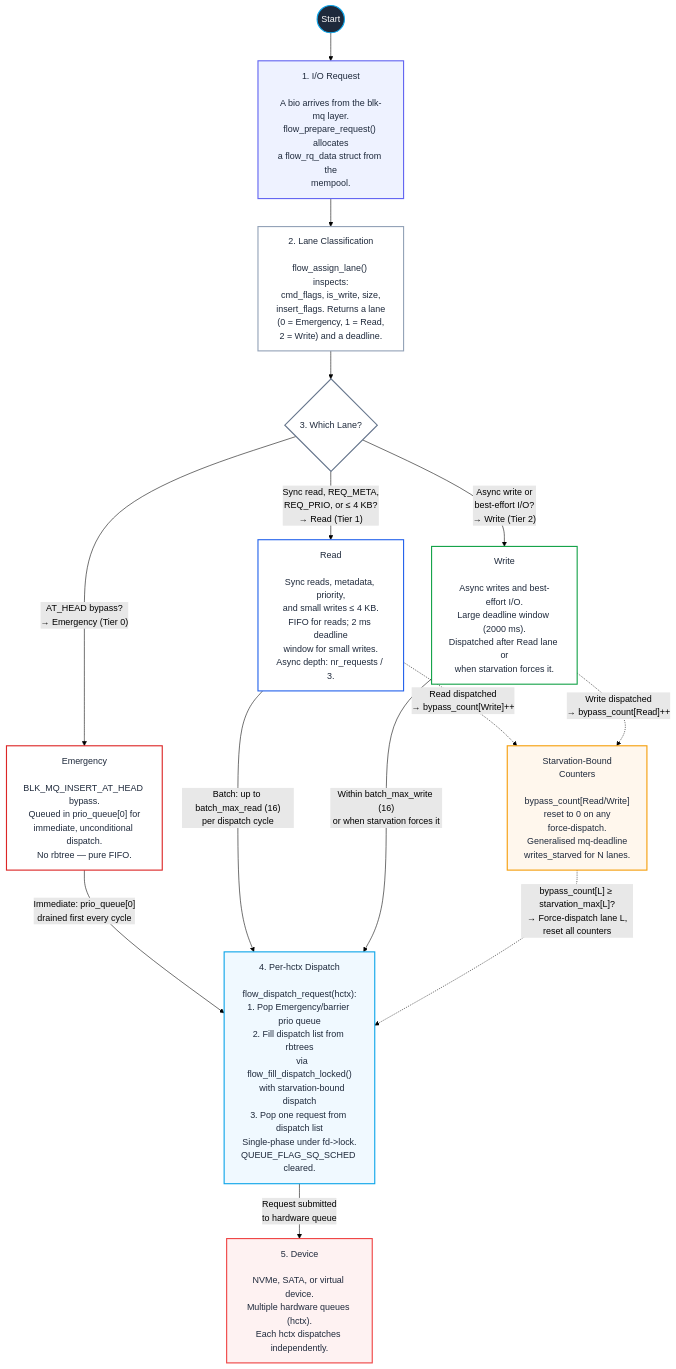
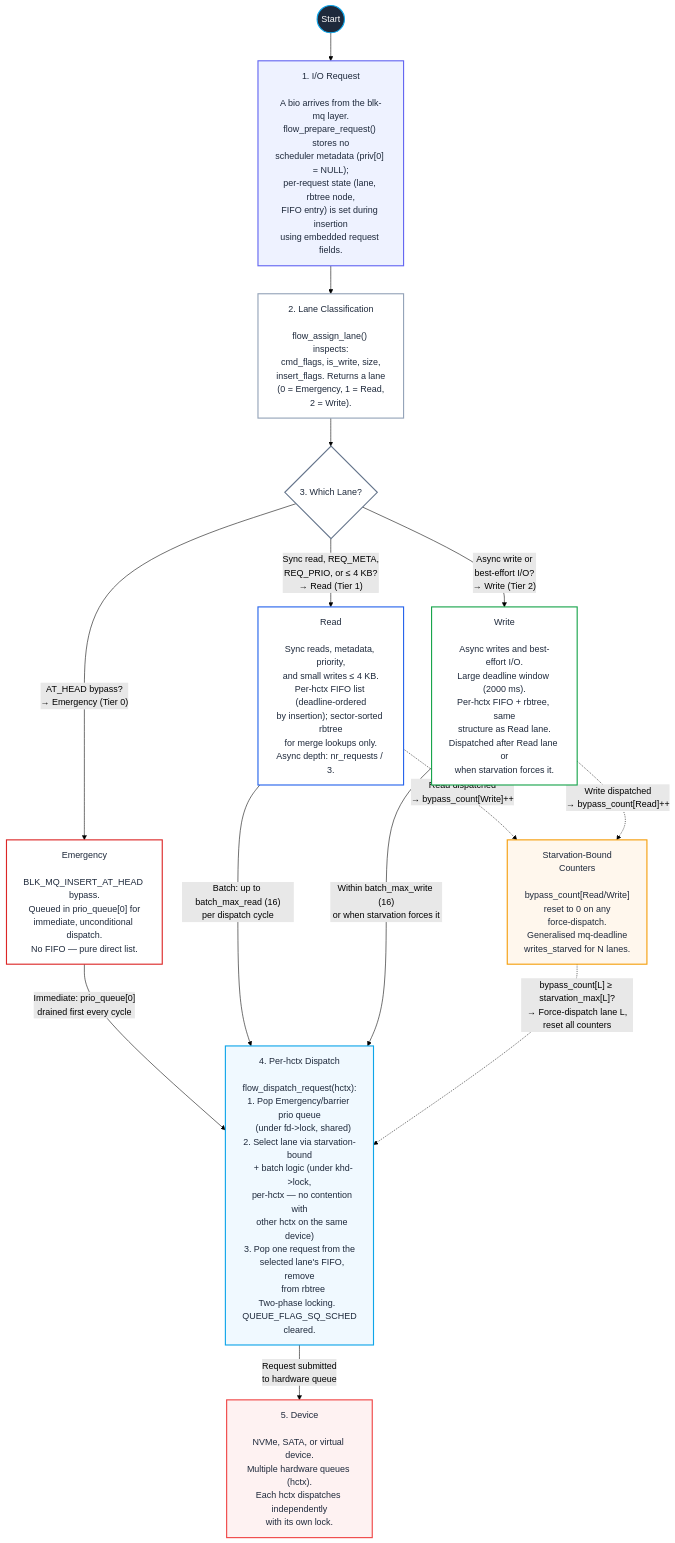
Before and after one commit to galpt/flow-iosched: the diagram in README.md, drawn with Mermaid (forest theme). The commit also changed other lines of this file, not shown here.

Commit message:
README: update for v4.0 architecture (per-hctx FIFO, zero allocations, revised credits)

```diff
--- a/README.md
+++ b/README.md
@@ -46,9 +49,11 @@
     Start((Start)) --> A1["1. I/O Request
 
 A bio arrives from the blk-mq layer.
-flow_prepare_request() allocates
-a flow_rq_data struct from the
-mempool."]
+flow_prepare_request() stores no
+scheduler metadata (priv[0] = NULL);
+per-request state (lane, rbtree node,
+FIFO entry) is set during insertion
+using embedded request fields."]
 
     A1 --> B1["2. Lane Classification
 
@@ -56,7 +61,7 @@
 cmd_flags, is_write, size,
 insert_flags. Returns a lane
 (0 = Emergency, 1 = Read,
-2 = Write) and a deadline."]
+2 = Write)."]
 
     B1 --> N3{"3. Which Lane?"}
 
@@ -65,20 +70,23 @@
 BLK_MQ_INSERT_AT_HEAD bypass.
 Queued in prio_queue[0] for
 immediate, unconditional dispatch.
-No rbtree — pure FIFO."]
+No FIFO — pure direct list."]
 
     N3 -- "Sync read, REQ_META,\nREQ_PRIO, or ≤ 4 KB?\n→ Read (Tier 1)" --> D1["Read
 
 Sync reads, metadata, priority,
 and small writes ≤ 4 KB.
-FIFO for reads; 2 ms deadline
-window for small writes.
+Per-hctx FIFO list (deadline-ordered
+by insertion); sector-sorted rbtree
+for merge lookups only.
 Async depth: nr_requests / 3."]
 
     N3 -- "Async write or\nbest-effort I/O?\n→ Write (Tier 2)" --> F1["Write
 
 Async writes and best-effort I/O.
 Large deadline window (2000 ms).
+Per-hctx FIFO + rbtree, same
+structure as Read lane.
 Dispatched after Read lane or
 when starvation forces it."]
 
@@ -86,12 +94,16 @@
 
 flow_dispatch_request(hctx):
 1. Pop Emergency/barrier prio queue
-2. Fill dispatch list from rbtrees
-   via flow_fill_dispatch_locked()
-   with starvation-bound dispatch
-3. Pop one request from dispatch list
-Single-phase under fd->lock.
-QUEUE_FLAG_SQ_SCHED cleared."]
+   (under fd->lock, shared)
+2. Select lane via starvation-bound
+   + batch logic (under khd->lock,
+   per-hctx — no contention with
+   other hctx on the same device)
+3. Pop one request from the
+   selected lane's FIFO, remove
+   from rbtree
+Two-phase locking.  QUEUE_FLAG_SQ_SCHED
+cleared."]
 
     D1 -->|"Batch: up to batch_max_read (16)\nper dispatch cycle"| H1
 
@@ -101,7 +113,8 @@
 
 NVMe, SATA, or virtual device.
 Multiple hardware queues (hctx).
-Each hctx dispatches independently."]
+Each hctx dispatches independently
+with its own lock."]
 
     D1 -.->|"Read dispatched\n→ bypass_count[Write]++"| K1["Starvation-Bound
 Counters
```
